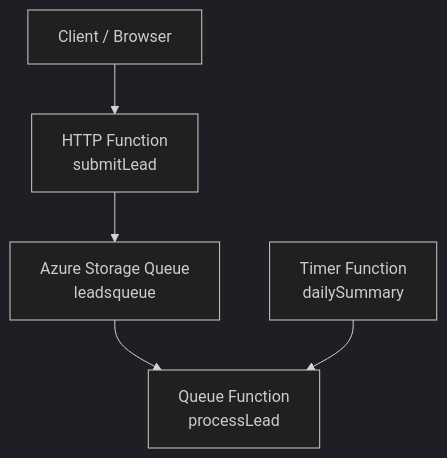
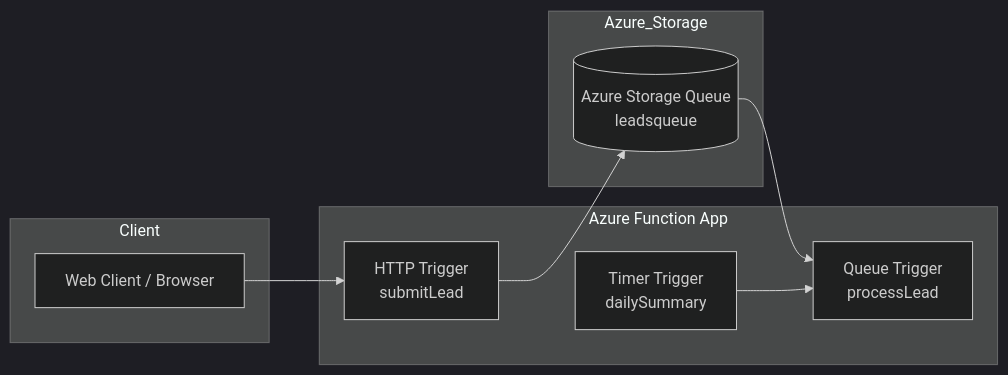
Before and after one commit to donaldcarol/azure-functions-lead-processing-demo: the diagram in README.md, drawn with Mermaid (dark theme). The commit also changed other lines of this file, not shown here.

````diff
--- a/README.md
+++ b/README.md
@@ -17,14 +17,22 @@
 ```mermaid
-flowchart TD
+flowchart LR
 
-Client["Client / Browser"]
-HTTP["HTTP Function\nsubmitLead"]
-Queue["Azure Storage Queue\nleadsqueue"]
-Processor["Queue Function\nprocessLead"]
-Timer["Timer Function\ndailySummary"]
+subgraph Client
+A[Web Client / Browser]
+end
 
-Client --> HTTP
-HTTP --> Queue
-Queue --> Processor
-Timer --> Processor
+subgraph Azure_Function_App["Azure Function App"]
+B[HTTP Trigger\nsubmitLead]
+D[Queue Trigger\nprocessLead]
+E[Timer Trigger\ndailySummary]
+end
+
+subgraph Azure_Storage
+C[(Azure Storage Queue\nleadsqueue)]
+end
+
+A --> B
+B --> C
+C --> D
+E --> D
 ```
````
